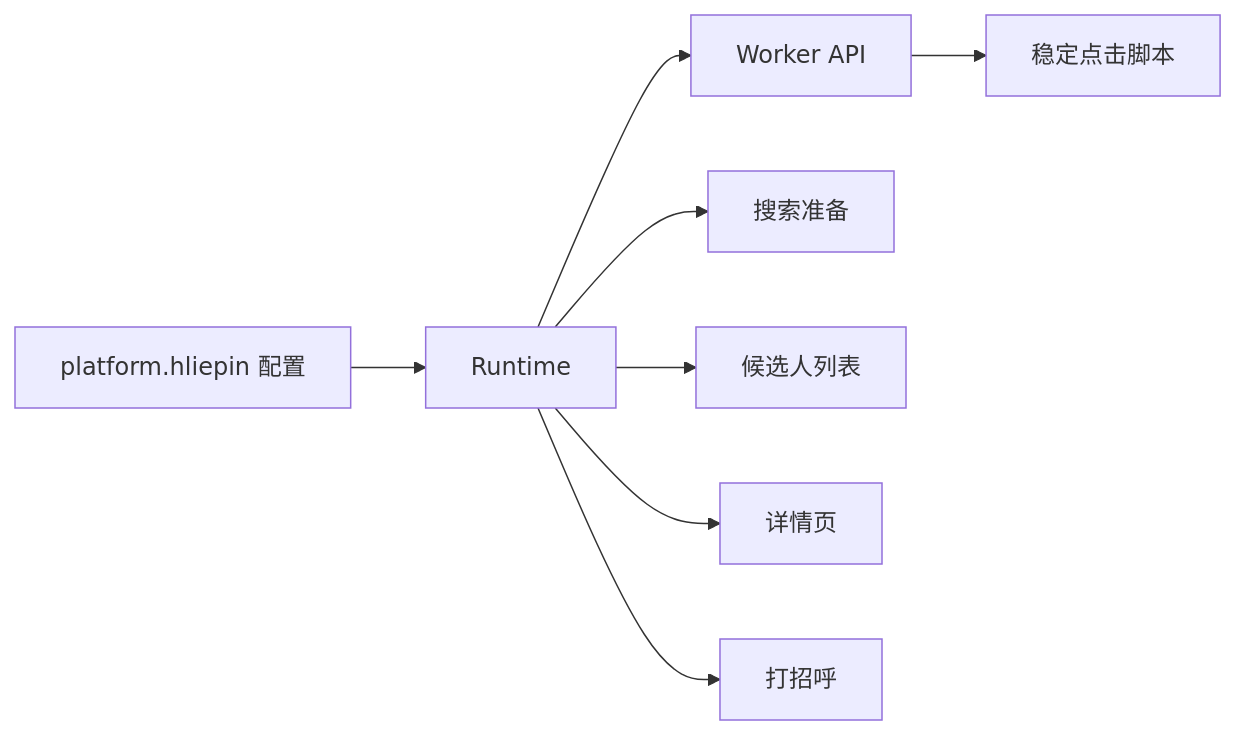
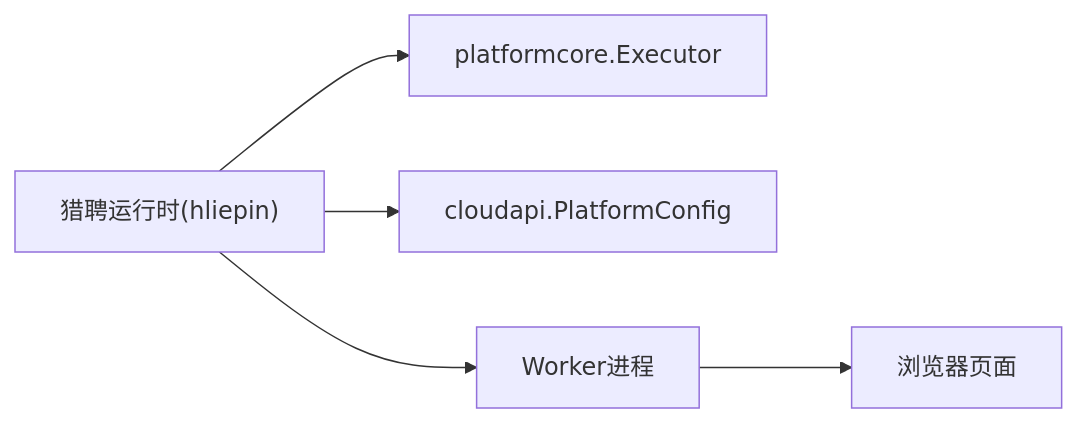
The ninth of 9 diagrams in .qoder/repowiki/zh/content/本地执行器/平台适配器/猎聘适配器/猎聘适配器.md (alvinwangzi/goodhr), drawn with Mermaid before and after one commit. The commit also changed other lines of this file and 149 other files, not shown here.

````diff
--- a/.qoder/repowiki/zh/content/本地执行器/平台适配器/猎聘适配器/猎聘适配器.md
+++ b/.qoder/repowiki/zh/content/本地执行器/平台适配器/猎聘适配器/猎聘适配器.md
@@ -314,10 +330,7 @@
 ```mermaid
 graph LR
-CFG["platform.hliepin 配置"] --> RUNTIME["Runtime"]
-RUNTIME --> WORKER["Worker API"]
-WORKER --> STABLE["稳定点击脚本"]
-RUNTIME --> SEARCH["搜索准备"]
-RUNTIME --> CAND["候选人列表"]
-RUNTIME --> DETAIL["详情页"]
-RUNTIME --> GREET["打招呼"]
+Runtime["猎聘运行时(hliepin)"] --> Exec["platformcore.Executor"]
+Runtime --> Config["cloudapi.PlatformConfig"]
+Runtime --> Worker["Worker进程"]
+Worker --> Browser["浏览器页面"]
 ```
````
